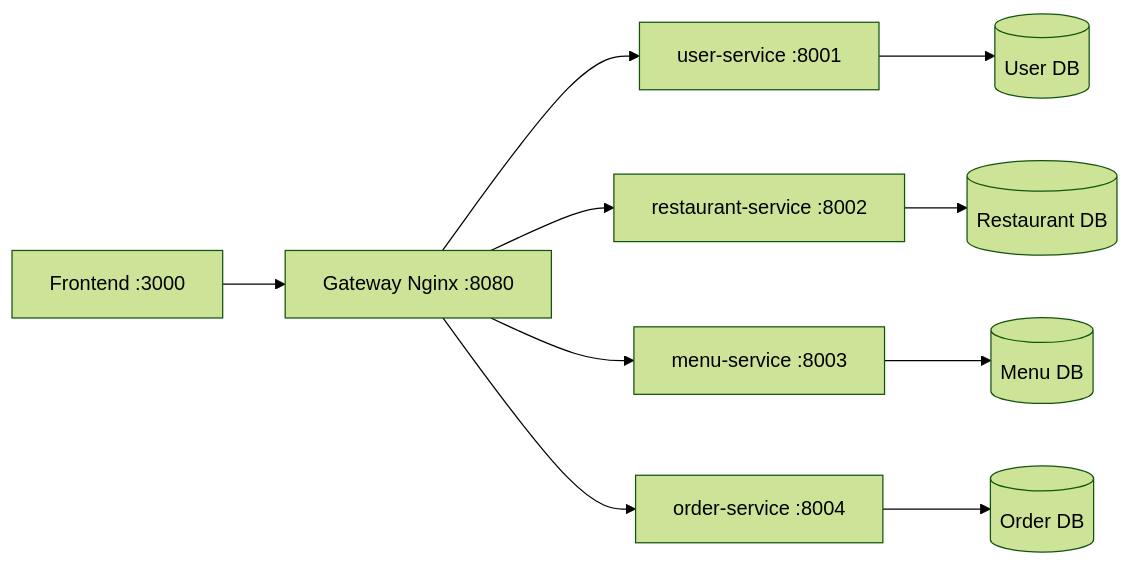
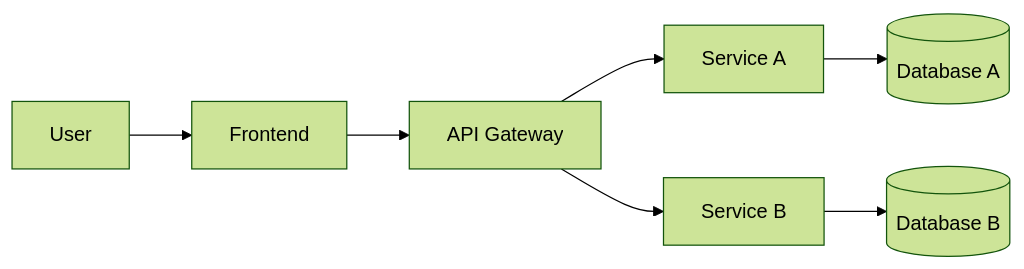
The diagram in docs/architecture.md (hoanhdungdz/microservices-assignment-starter), drawn with Mermaid (forest theme) before and after one commit. The commit also changed other lines of this file and 44 other files, not shown here.

````diff
--- a/docs/architecture.md
+++ b/docs/architecture.md
@@ -41,13 +62,9 @@
 ```mermaid
-flowchart LR
-    FE[Frontend :3000] --> GW[Gateway Nginx :8080]
-    GW --> US[user-service :8001]
-    GW --> RS[restaurant-service :8002]
-    GW --> MS[menu-service :8003]
-    GW --> OS[order-service :8004]
-
-    US --> UDB[(User DB)]
-    RS --> RDB[(Restaurant DB)]
-    MS --> MDB[(Menu DB)]
-    OS --> ODB[(Order DB)]
+graph LR
+    U[User] --> FE[Frontend]
+    FE --> GW[API Gateway]
+    GW --> SA[Service A]
+    GW --> SB[Service B]
+    SA --> DB1[(Database A)]
+    SB --> DB2[(Database B)]
 ```
````
